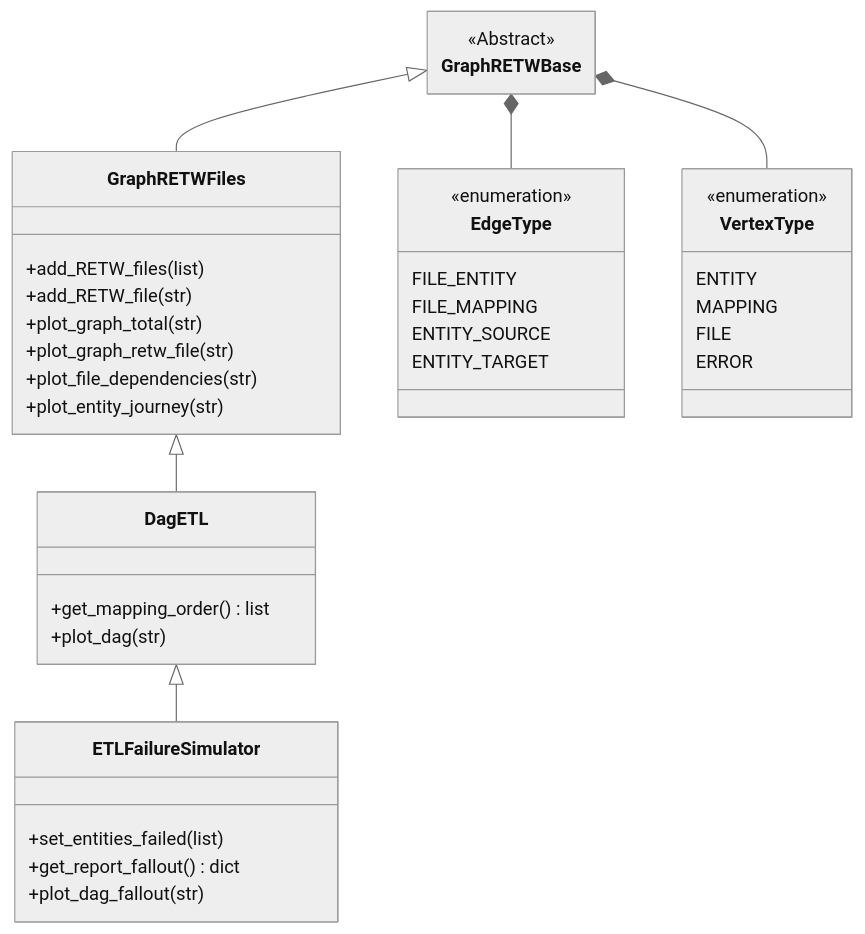
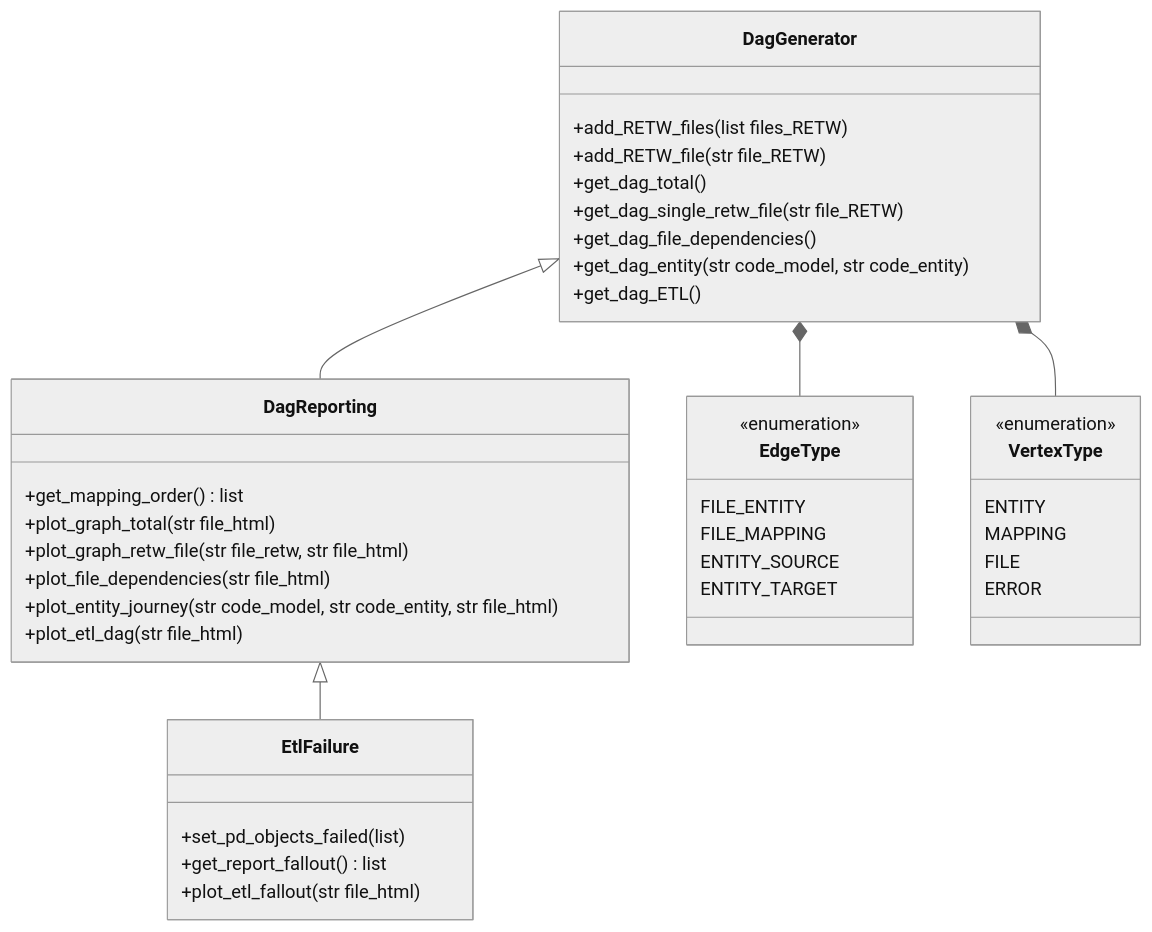
Before and after one commit to mark-me/mapping-dependencies: the third of 3 diagrams in README.md, drawn with Mermaid (neutral theme). The commit also changed other lines of this file, not shown here.

````diff
--- a/README.md
+++ b/README.md
@@ -102,48 +100,49 @@
 ```mermaid
 ---
   config:
     class:
       hideEmptyMembersBox: true
 ---
 classDiagram
-  GraphRETWBase <|-- GraphRETWFiles
-  GraphRETWFiles <|-- DagETL
-  DagETL <|-- ETLFailureSimulator
-  GraphRETWBase *-- EdgeType
-  GraphRETWBase *-- VertexType
+  DagGenerator <|-- DagReporting
+  DagReporting <|-- EtlFailure
+  DagGenerator *-- EdgeType
+  DagGenerator *-- VertexType
 
   class VertexType{
     <<enumeration>>
     ENTITY
     MAPPING
     FILE
     ERROR
   }
   class EdgeType{
     <<enumeration>>
     FILE_ENTITY
     FILE_MAPPING
     ENTITY_SOURCE
     ENTITY_TARGET
   }
-  class GraphRETWBase{
-    <<Abstract>>
+  class DagGenerator{
+    +add_RETW_files(list files_RETW)
+    +add_RETW_file(str file_RETW)
+    +get_dag_total()
+    +get_dag_single_retw_file(str file_RETW)
+    +get_dag_file_dependencies()
+    +get_dag_entity(str code_model, str code_entity)
+    +get_dag_ETL()
   }
-  class GraphRETWFiles{
-    +add_RETW_files(list)
-    +add_RETW_file(str)
-    +plot_graph_total(str)
-    +plot_graph_retw_file(str)
-    +plot_file_dependencies(str)
-    +plot_entity_journey(str)
+  class DagReporting{
+    +get_mapping_order() list
+    +plot_graph_total(str file_html)
+    +plot_graph_retw_file(str file_retw, str file_html)
+    +plot_file_dependencies(str file_html)
+    +plot_entity_journey(str code_model, str code_entity, str file_html)
+    +plot_etl_dag(str file_html)
   }
-  class DagETL{
-    +get_mapping_order() list
-    +plot_dag(str)
-  }
-  class ETLFailureSimulator{
-    +set_entities_failed(list)
-    +get_report_fallout() dict
-    +plot_dag_fallout(str)
+  class EtlFailure{
+    +set_pd_objects_failed(list)
+    +get_report_fallout() list
+    +plot_etl_fallout(str file_html)
   }
 ```
````
